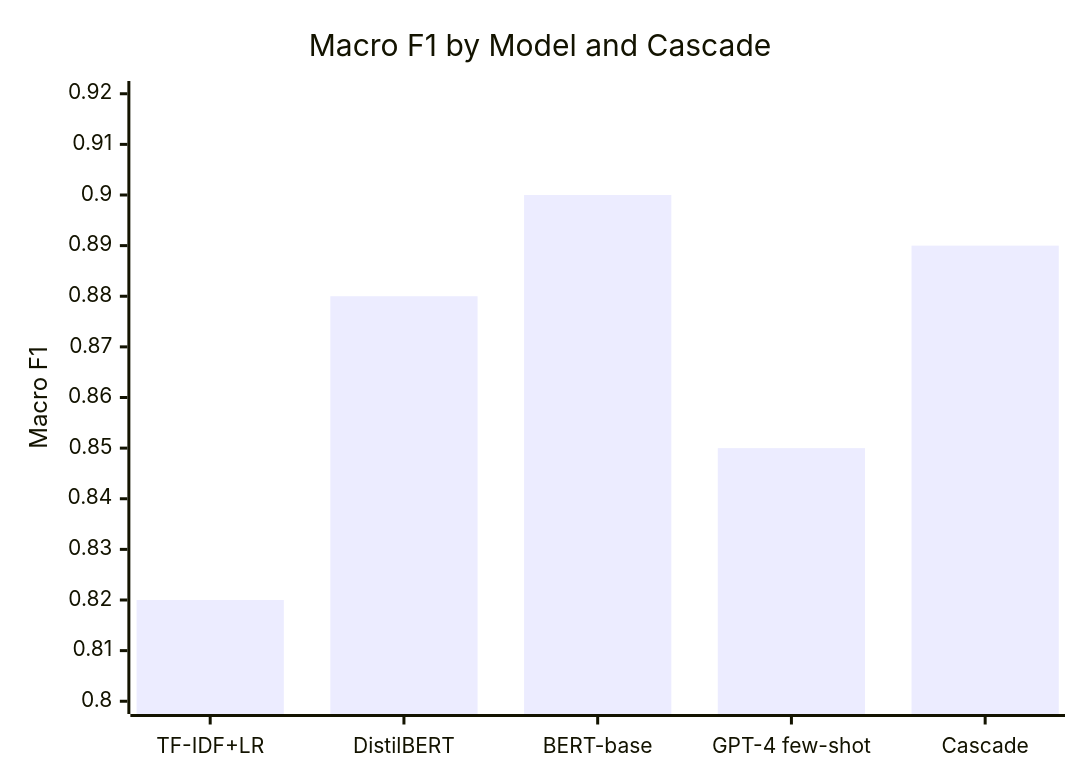
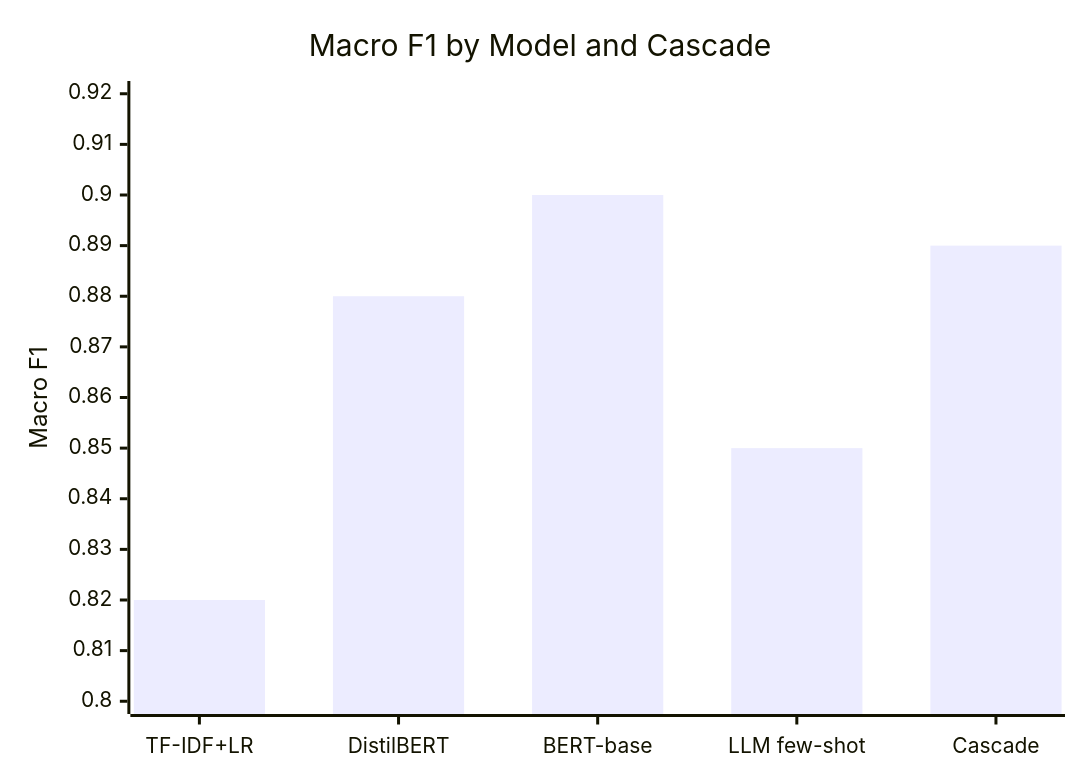
Before and after one commit to rppol/system-design: the fourth of 4 diagrams in src/main/java/com/rutik/systemdesign/ml/case_studies/design_nlp_classification_pipeline.md, drawn with Mermaid. The commit also changed other lines of this file and 114 other files, not shown here.

````diff
--- a/src/main/java/com/rutik/systemdesign/ml/case_studies/design_nlp_classification_pipeline.md
+++ b/src/main/java/com/rutik/systemdesign/ml/case_studies/design_nlp_classification_pipeline.md
@@ -441,7 +443,7 @@
 ```mermaid
 xychart-beta
     title "Macro F1 by Model and Cascade"
-    x-axis ["TF-IDF+LR", "DistilBERT", "BERT-base", "GPT-4 few-shot", "Cascade"]
+    x-axis ["TF-IDF+LR", "DistilBERT", "BERT-base", "LLM few-shot", "Cascade"]
     y-axis "Macro F1" 0.8 --> 0.92
     bar [0.82, 0.88, 0.90, 0.85, 0.89]
 ```
````
